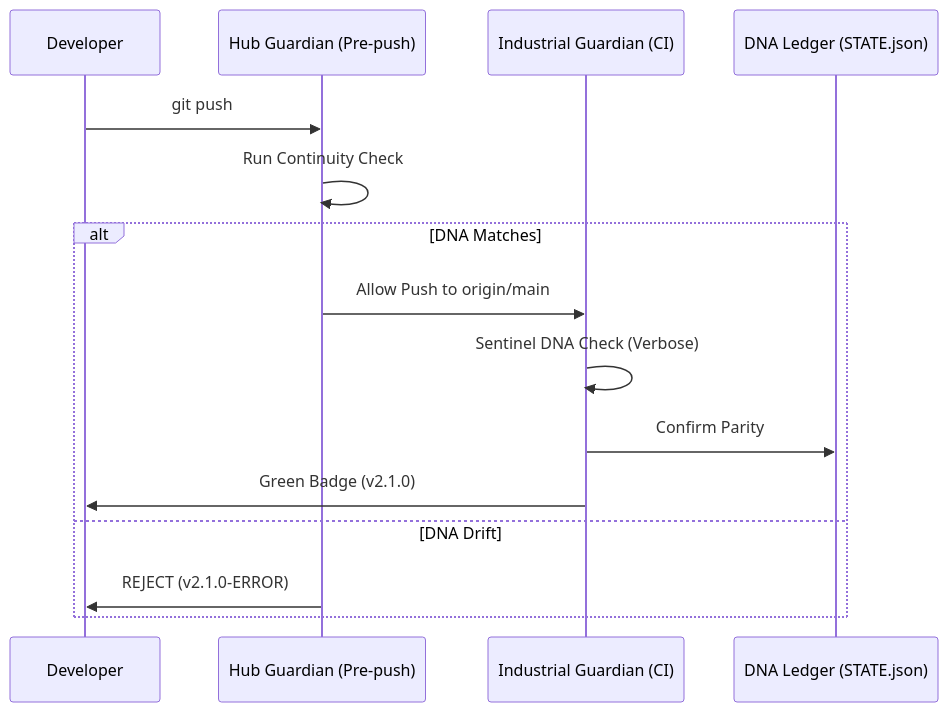
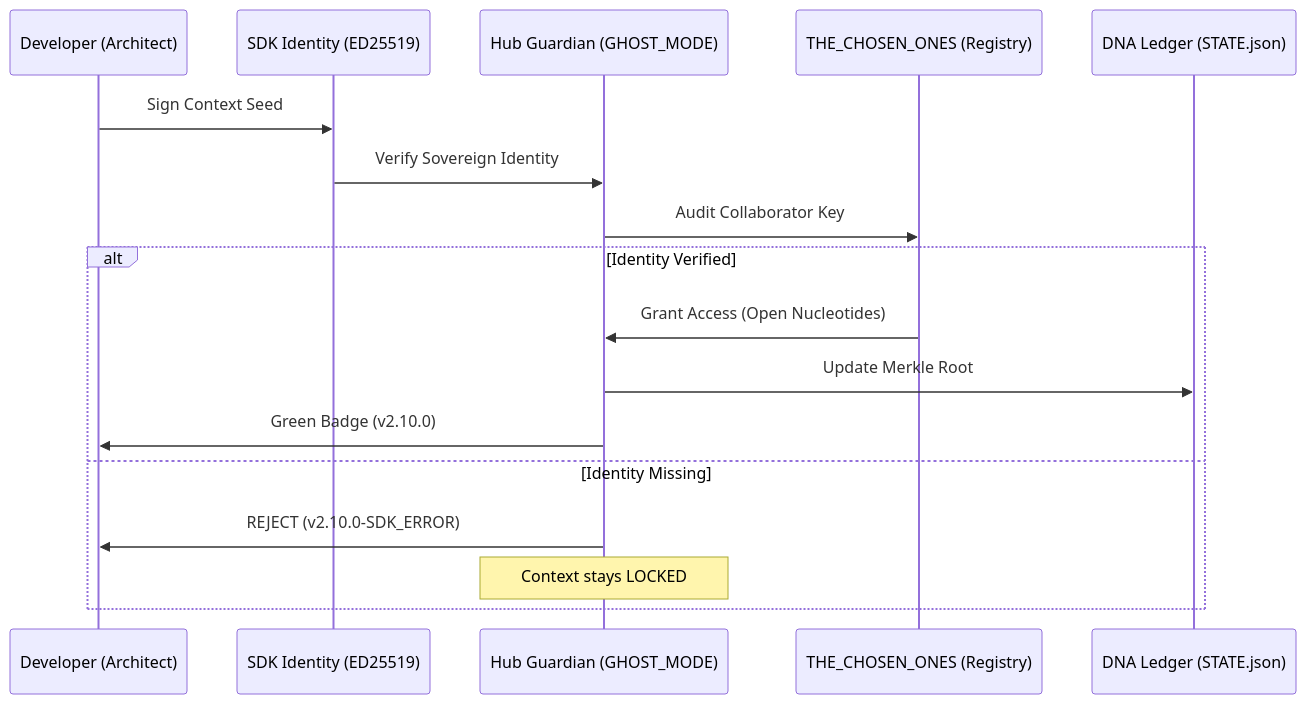
One commit to SteveBlackbeard/CHRONOLITH-by-Ethernium changed the first of 3 diagrams in README.md. Above: the diagram before and after it, drawn with Mermaid. The commit also changed other lines of this file and 3 other files, not shown here.

````diff
--- a/README.md
+++ b/README.md
@@ -175,18 +177,20 @@
 ```mermaid
 sequenceDiagram
-    participant D as Developer
-    participant HG as Hub Guardian (Pre-push)
-    participant IG as Industrial Guardian (CI)
+    participant D as Developer (Architect)
+    participant SDK as SDK Identity (ED25519)
+    participant HG as Hub Guardian (GHOST_MODE)
+    participant TC as THE_CHOSEN_ONES (Registry)
     participant DNA as DNA Ledger (STATE.json)
 
-    D->>HG: git push
-    HG->>HG: Run Continuity Check
-    alt DNA Matches
-        HG->>IG: Allow Push to origin/main
-        IG->>IG: Sentinel DNA Check (Verbose)
-        IG->>DNA: Confirm Parity
-        IG->>D: Green Badge (v2.1.0)
-    else DNA Drift
-        HG->>D: REJECT (v2.1.0-ERROR)
+    D->>SDK: Sign Context Seed
+    SDK->>HG: Verify Sovereign Identity
+    HG->>TC: Audit Collaborator Key
+    alt Identity Verified
+        TC->>HG: Grant Access (Open Nucleotides)
+        HG->>DNA: Update Merkle Root
+        HG->>D: Green Badge (v2.10.0)
+    else Identity Missing
+        HG->>D: REJECT (v2.10.0-SDK_ERROR)
+        Note over HG: Context stays LOCKED
     end
 ```
````
